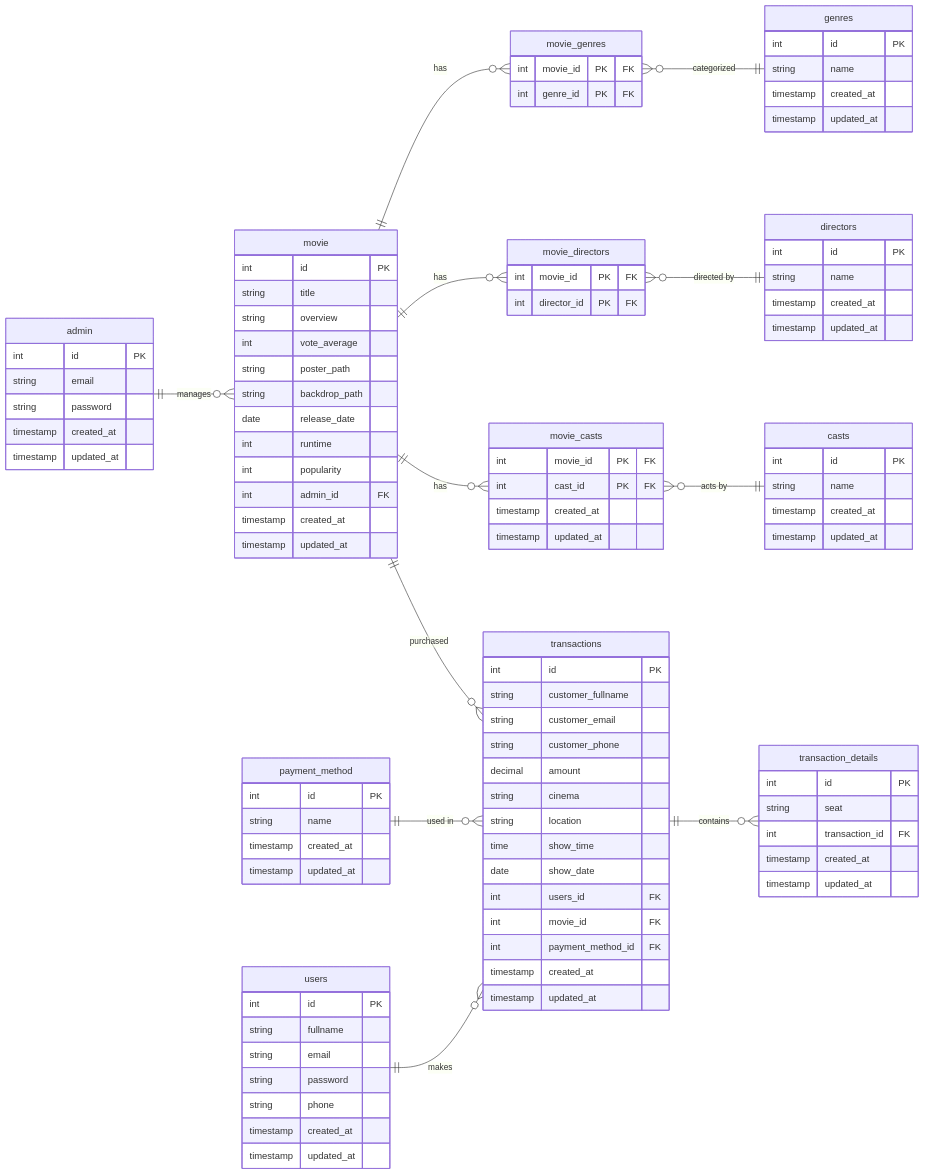
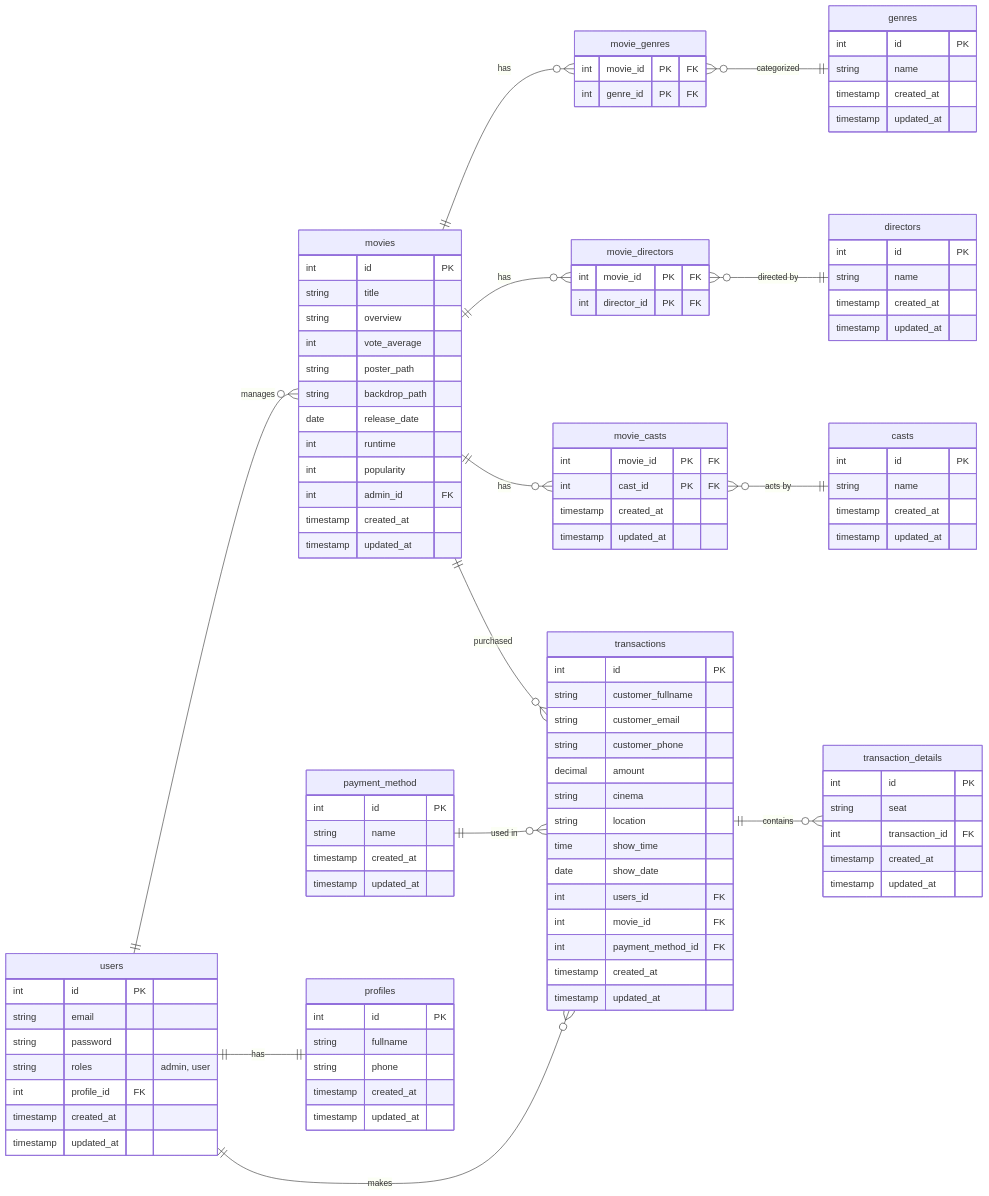
Before and after one commit to VsalCode/fgo24-be-tickitz: the diagram in README.md, drawn with Mermaid. The commit also changed 1 other file, not shown here.

Commit message:
chore: normalize table & schema database user

```diff
--- a/README.md
+++ b/README.md
@@ -6,20 +6,11 @@
 erDiagram
   direction LR
 
-  admin ||--o{ movie : "manages"
-  admin {
-    int id PK
-    string email
-    string password
-    timestamp created_at
-    timestamp updated_at
-  }
-
-  movie ||--o{ movie_genres : "has"
-  movie ||--o{ movie_directors : "has"
-  movie ||--o{ movie_casts : "has"
-  movie ||--o{ transactions : "purchased"
-  movie {
+  movies ||--o{ movie_genres : "has"
+  movies ||--o{ movie_directors : "has"
+  movies ||--o{ movie_casts : "has"
+  movies ||--o{ transactions : "purchased"
+  movies {
     int id PK
     string title
     string overview
@@ -109,12 +100,22 @@
     timestamp updated_at
   }
 
+  users ||--o{ movies : "manages"
   users ||--o{ transactions : "makes"
+  users ||--|| profiles : "has"
   users {
     int id PK
-    string fullname
     string email
     string password
+    string roles "admin, user"
+    int profile_id FK
+    timestamp created_at
+    timestamp updated_at
+  }
+
+  profiles {
+    int id PK
+    string fullname
     string phone
     timestamp created_at
     timestamp updated_at
```
